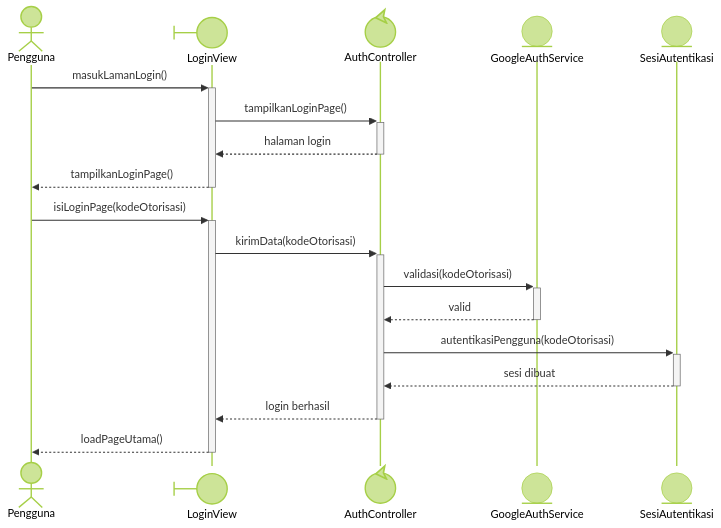
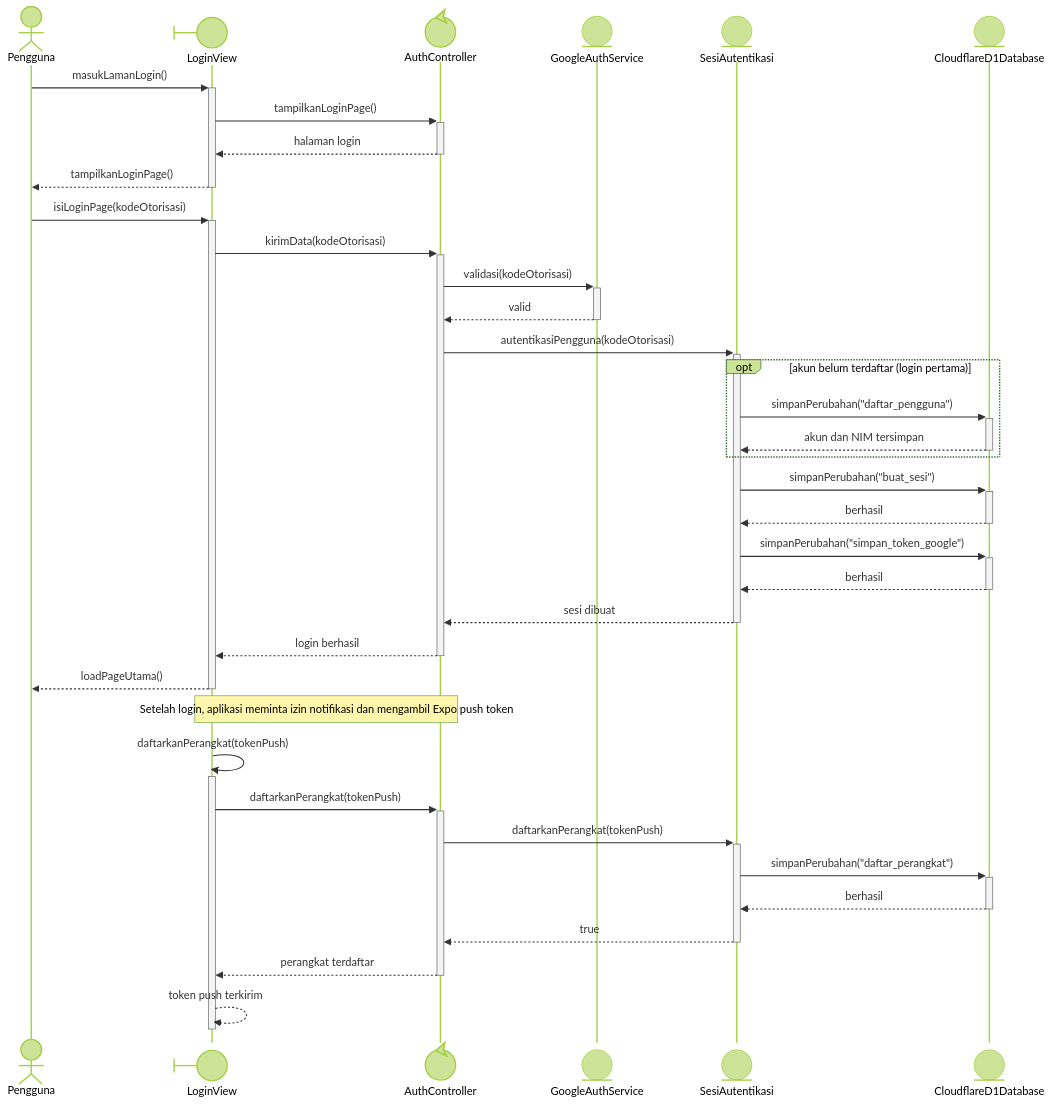
Diagram 34 of 41 in docs/M8/K01_G04_DPPL2.md (sbxte/IF2150-RPL-K01-G04), drawn with Mermaid (forest theme) before and after one commit. The commit also changed other lines of this file, not shown here.

Commit message:
docs(M8): added schema, algorithms, class tables

````diff
--- a/docs/M8/K01_G04_DPPL2.md
+++ b/docs/M8/K01_G04_DPPL2.md
@@ -2004,21 +2014,39 @@
 ```mermaid
 sequenceDiagram
     actor Pengguna
     participant LoginView@{ "type": "boundary" }
     participant AuthController@{ "type": "control" }
     participant GoogleAuthService@{ "type": "entity" }
     participant SesiAutentikasi@{ "type": "entity" }
+    participant CloudflareD1Database@{ "type": "entity" }
 
     Pengguna->>+LoginView: masukLamanLogin()
     LoginView->>+AuthController: tampilkanLoginPage()
     AuthController-->>-LoginView: halaman login
     LoginView-->>-Pengguna: tampilkanLoginPage()
     Pengguna->>+LoginView: isiLoginPage(kodeOtorisasi)
     LoginView->>+AuthController: kirimData(kodeOtorisasi)
     AuthController->>+GoogleAuthService: validasi(kodeOtorisasi)
     GoogleAuthService-->>-AuthController: valid
     AuthController->>+SesiAutentikasi: autentikasiPengguna(kodeOtorisasi)
+    opt akun belum terdaftar (login pertama)
+        SesiAutentikasi->>+CloudflareD1Database: simpanPerubahan("daftar_pengguna")
+        CloudflareD1Database-->>-SesiAutentikasi: akun dan NIM tersimpan
+    end
+    SesiAutentikasi->>+CloudflareD1Database: simpanPerubahan("buat_sesi")
+    CloudflareD1Database-->>-SesiAutentikasi: berhasil
+    SesiAutentikasi->>+CloudflareD1Database: simpanPerubahan("simpan_token_google")
+    CloudflareD1Database-->>-SesiAutentikasi: berhasil
     SesiAutentikasi-->>-AuthController: sesi dibuat
     AuthController-->>-LoginView: login berhasil
     LoginView-->>-Pengguna: loadPageUtama()
+    Note over LoginView,AuthController: Setelah login, aplikasi meminta izin notifikasi dan mengambil Expo push token
+    LoginView->>+LoginView: daftarkanPerangkat(tokenPush)
+    LoginView->>+AuthController: daftarkanPerangkat(tokenPush)
+    AuthController->>+SesiAutentikasi: daftarkanPerangkat(tokenPush)
+    SesiAutentikasi->>+CloudflareD1Database: simpanPerubahan("daftar_perangkat")
+    CloudflareD1Database-->>-SesiAutentikasi: berhasil
+    SesiAutentikasi-->>-AuthController: true
+    AuthController-->>-LoginView: perangkat terdaftar
+    LoginView-->>-LoginView: token push terkirim
 ```
````
